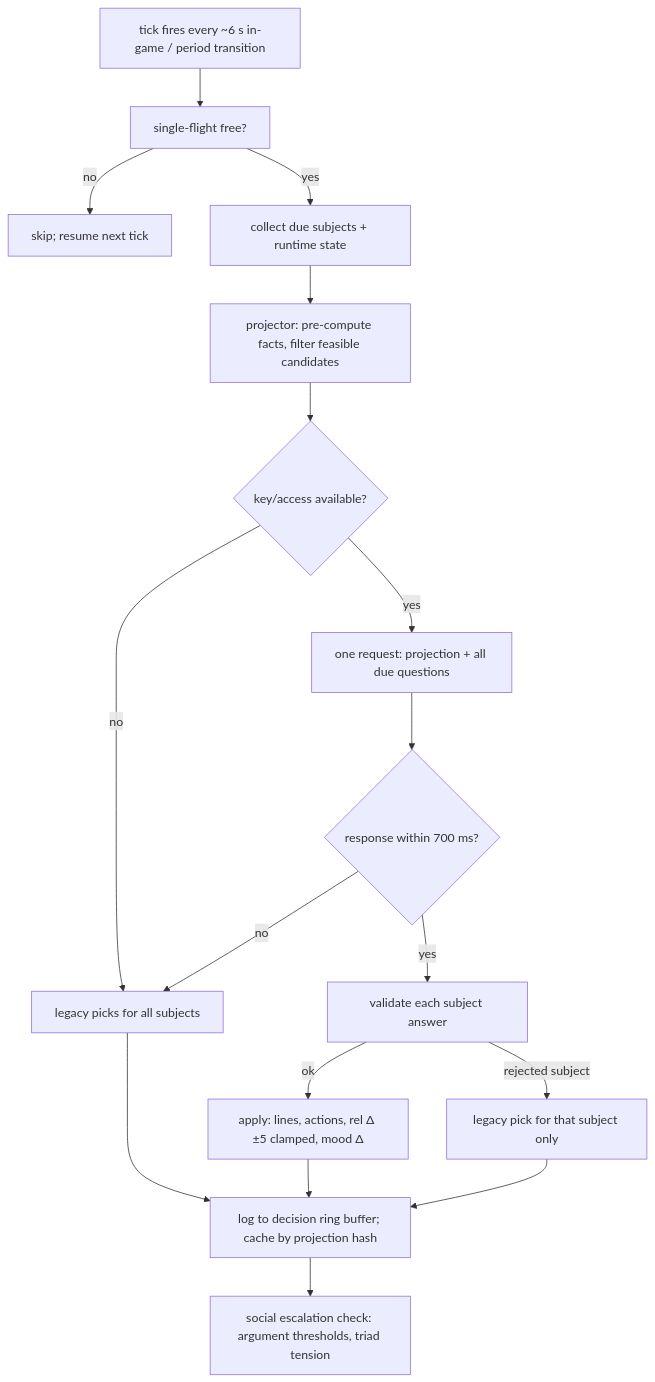
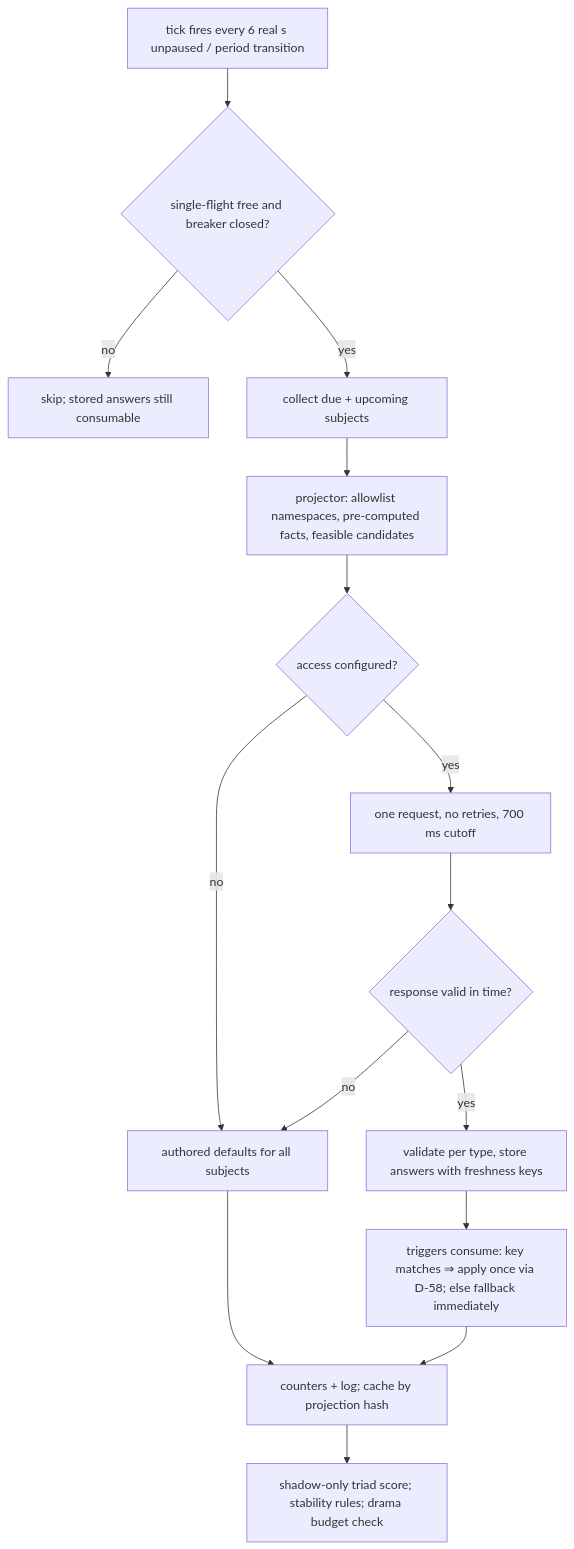
Before and after one commit to LucasMatuszewski/ai-trainer-simulator: the second of 3 diagrams in docs/ADR/0009-jev-npc-decision-steering.md, drawn with Mermaid. The commit also changed other lines of this file and 5 other files, not shown here.

````diff
--- a/docs/ADR/0009-jev-npc-decision-steering.md
+++ b/docs/ADR/0009-jev-npc-decision-steering.md
@@ -332,19 +466,17 @@
 ```mermaid
 flowchart TD
-    A[tick fires every ~6 s in-game / period transition] --> B[single-flight free?]
-    B -- no --> Z[skip; resume next tick]
-    B -- yes --> C[collect due subjects + runtime state]
-    C --> D[projector: pre-compute facts, filter feasible candidates]
-    D --> E{key/access available?}
-    E -- no --> L[legacy picks for all subjects]
-    E -- yes --> F[one request: projection + all due questions]
-    F --> G{response within 700 ms?}
+    A[tick fires every 6 real s unpaused / period transition] --> B{single-flight free and breaker closed?}
+    B -- no --> Z[skip; stored answers still consumable]
+    B -- yes --> C[collect due + upcoming subjects]
+    C --> D[projector: allowlist namespaces, pre-computed facts, feasible candidates]
+    D --> E{access configured?}
+    E -- no --> L[authored defaults for all subjects]
+    E -- yes --> F[one request, no retries, 700 ms cutoff]
+    F --> G{response valid in time?}
     G -- no --> L
-    G -- yes --> H[validate each subject answer]
-    H -- ok --> I[apply: lines, actions, rel Δ ±5 clamped, mood Δ]
-    H -- rejected subject --> L2[legacy pick for that subject only]
-    I --> J[log to decision ring buffer; cache by projection hash]
+    G -- yes --> H[validate per type, store answers with freshness keys]
+    H --> I[triggers consume: key matches ⇒ apply once via D-58; else fallback immediately]
+    I --> J[counters + log; cache by projection hash]
     L --> J
-    L2 --> J
-    J --> K[social escalation check: argument thresholds, triad tension]
+    J --> K[shadow-only triad score; stability rules; drama budget check]
 ```
````
